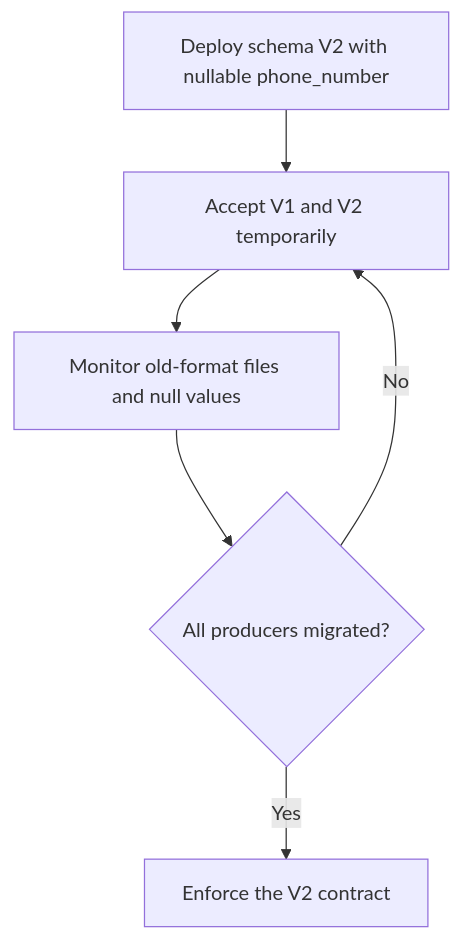
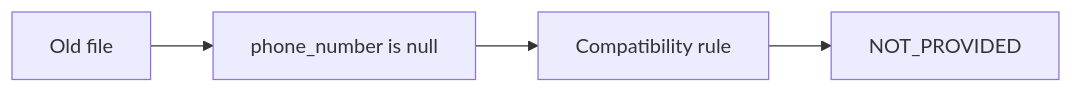
The eighth of 15 diagrams in 03_file_based_ingestion/session_4/customer_schema_evolution/customer_schema_evolution_notes.md (tg117official/databricks-hands-on-tg117-pst), drawn with Mermaid before and after one commit. The commit also changed other lines of this file and 4 other files, not shown here.

Commit message:
added schema evolution scenarios problem solution approach

````diff
--- a/03_file_based_ingestion/session_4/customer_schema_evolution/customer_schema_evolution_notes.md
+++ b/03_file_based_ingestion/session_4/customer_schema_evolution/customer_schema_evolution_notes.md
@@ -558,8 +412,6 @@
 ```mermaid
-flowchart TD
-    A[Deploy schema V2 with nullable phone_number] --> B[Accept V1 and V2 temporarily]
-    B --> C[Monitor old-format files and null values]
-    C --> D{All producers migrated?}
-    D -->|No| B
-    D -->|Yes| E[Enforce the V2 contract]
+flowchart LR
+    A[Old file] --> B[phone_number is null]
+    B --> C[Compatibility rule]
+    C --> D[NOT_PROVIDED]
 ```
````
